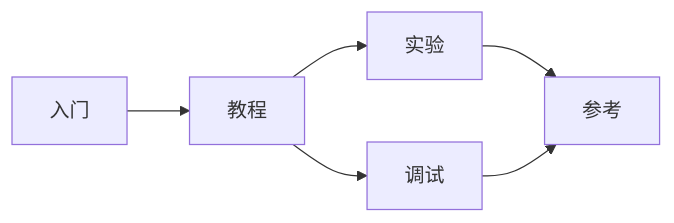
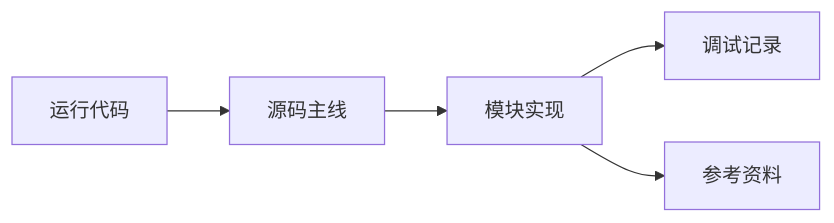
The diagram in docs/index.md (AuroBreeze/FrostVistaWiki), drawn with Mermaid before and after one commit. The commit also changed other lines of this file, not shown here.

````diff
--- a/docs/index.md
+++ b/docs/index.md
@@ -33,8 +33,7 @@
 ```mermaid
 graph LR
-    A[入门] --> B[教程]
-    B --> C[实验]
-    B --> D[调试]
-    C --> E[参考]
-    D --> E
+    A[运行代码] --> B[源码主线]
+    B --> C[模块实现]
+    C --> D[调试记录]
+    C --> E[参考资料]
 ```
````
